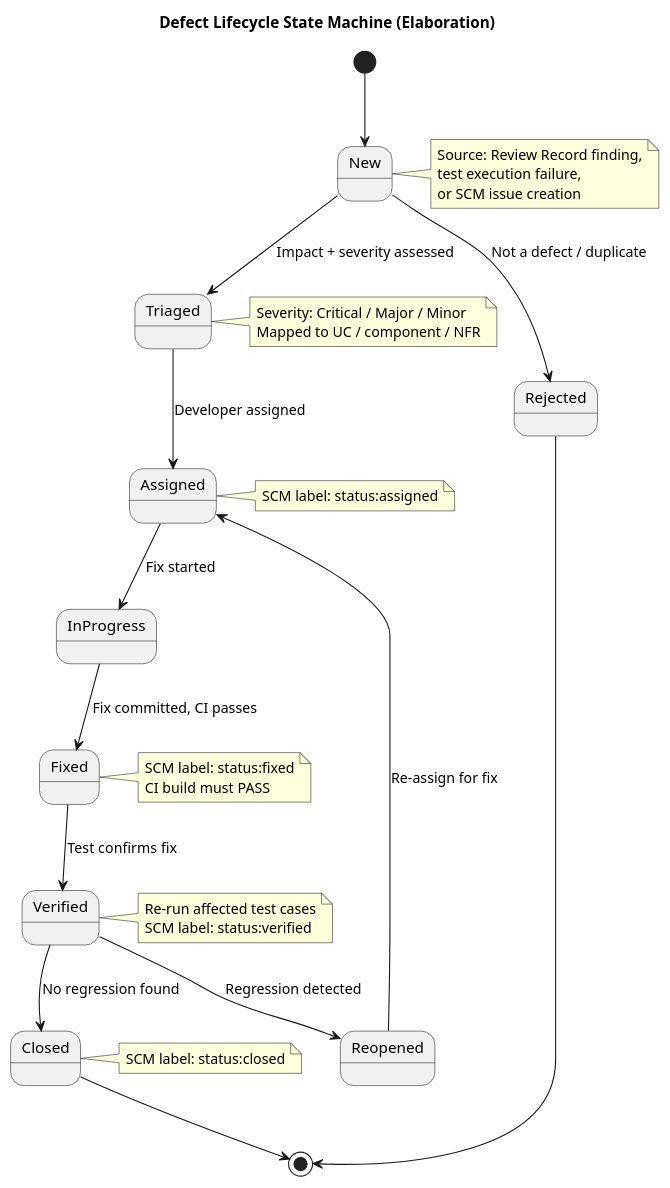
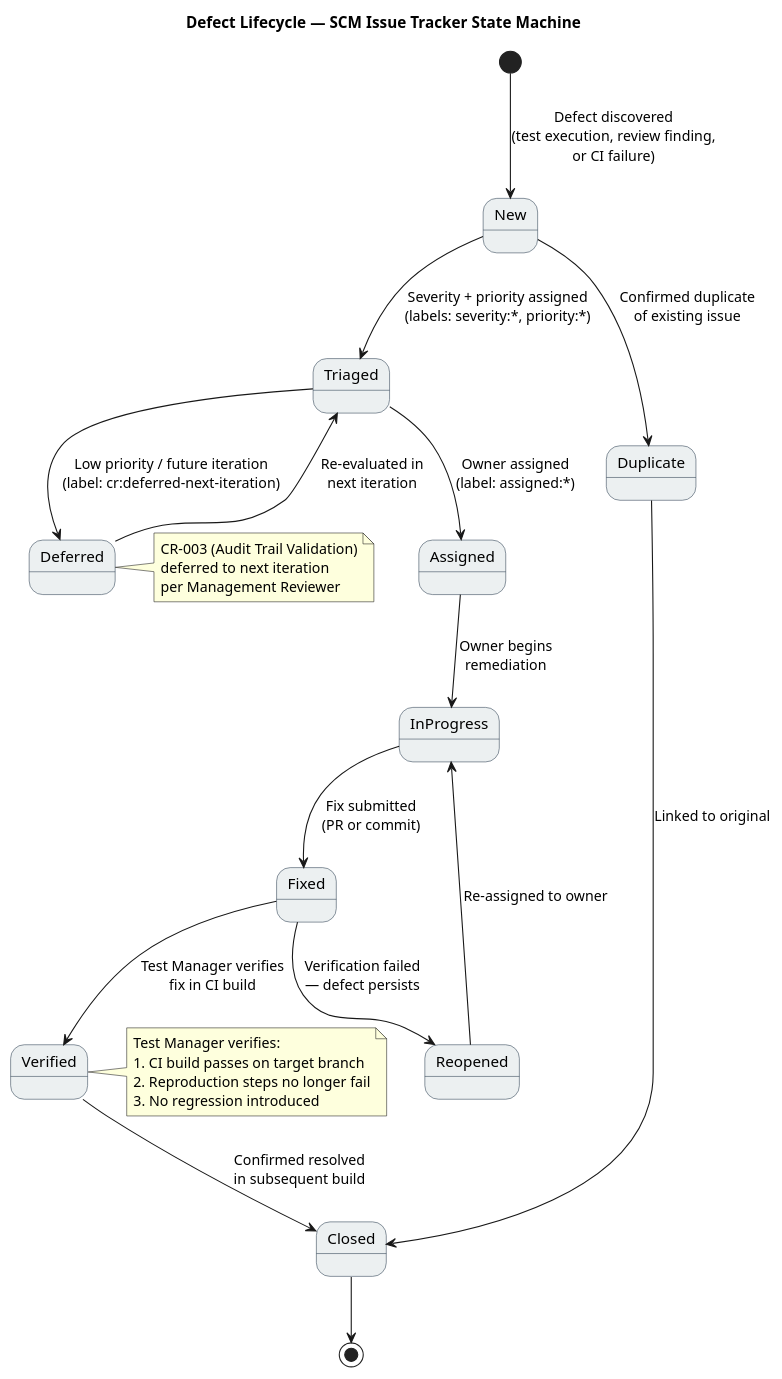
The second of 3 diagrams in docs/artifacts/test/test-evaluation-summary.md (banense-test/portal-cuba-corp), drawn with PlantUML before and after one commit. The commit also changed other lines of this file, not shown here.

First line of the commit message:
Test Manager [E2]: upsert Test Evaluation Summary

````diff
--- a/docs/artifacts/test/test-evaluation-summary.md
+++ b/docs/artifacts/test/test-evaluation-summary.md
@@ -125,56 +157,49 @@
 ```plantuml
 @startuml
-title Defect Lifecycle State Machine (Elaboration)
+title Defect Lifecycle — SCM Issue Tracker State Machine
 
-[*] --> New
+skinparam state {
+  BackgroundColor #ECF0F1
+  BorderColor #2C3E50
+}
 
-New --> Triaged : Impact + severity assessed
-New --> Rejected : Not a defect / duplicate
+[*] --> New : Defect discovered\n(test execution, review finding,\nor CI failure)
 
-Triaged --> Assigned : Developer assigned
+New --> Triaged : Severity + priority assigned\n(labels: severity:*, priority:*)
 
-Assigned --> InProgress : Fix started
+Triaged --> Assigned : Owner assigned\n(label: assigned:*)
 
-InProgress --> Fixed : Fix committed, CI passes
+Assigned --> InProgress : Owner begins\nremediation
 
-Fixed --> Verified : Test confirms fix
+InProgress --> Fixed : Fix submitted\n(PR or commit)
 
-Verified --> Closed : No regression found
-Verified --> Reopened : Regression detected
+Fixed --> Verified : Test Manager verifies\nfix in CI build
 
-Reopened --> Assigned : Re-assign for fix
+Verified --> Closed : Confirmed resolved\nin subsequent build
 
-Rejected --> [*]
+Fixed --> Reopened : Verification failed\n— defect persists
+Reopened --> InProgress : Re-assigned to owner
+
+Triaged --> Deferred : Low priority / future iteration\n(label: cr:deferred-next-iteration)
+Deferred --> Triaged : Re-evaluated in\nnext iteration
+
+New --> Duplicate : Confirmed duplicate\nof existing issue
+Duplicate --> Closed : Linked to original
+
 Closed --> [*]
 
-note right of New
-  Source: Review Record finding,
-  test execution failure,
-  or SCM issue creation
+note right of Verified
+  Test Manager verifies:
+  1. CI build passes on target branch
+  2. Reproduction steps no longer fail
+  3. No regression introduced
 end note
 
-note right of Triaged
-  Severity: Critical / Major / Minor
-  Mapped to UC / component / NFR
-end note
-
-note right of Assigned
-  SCM label: status:assigned
-end note
-
-note right of Fixed
-  SCM label: status:fixed
-  CI build must PASS
-end note
-
-note right of Verified
-  Re-run affected test cases
-  SCM label: status:verified
-end note
-
-note right of Closed
-  SCM label: status:closed
+note right of Deferred
+  CR-003 (Audit Trail Validation)
+  deferred to next iteration
+  per Management Reviewer
 end note
 
 @enduml
 ```
````
